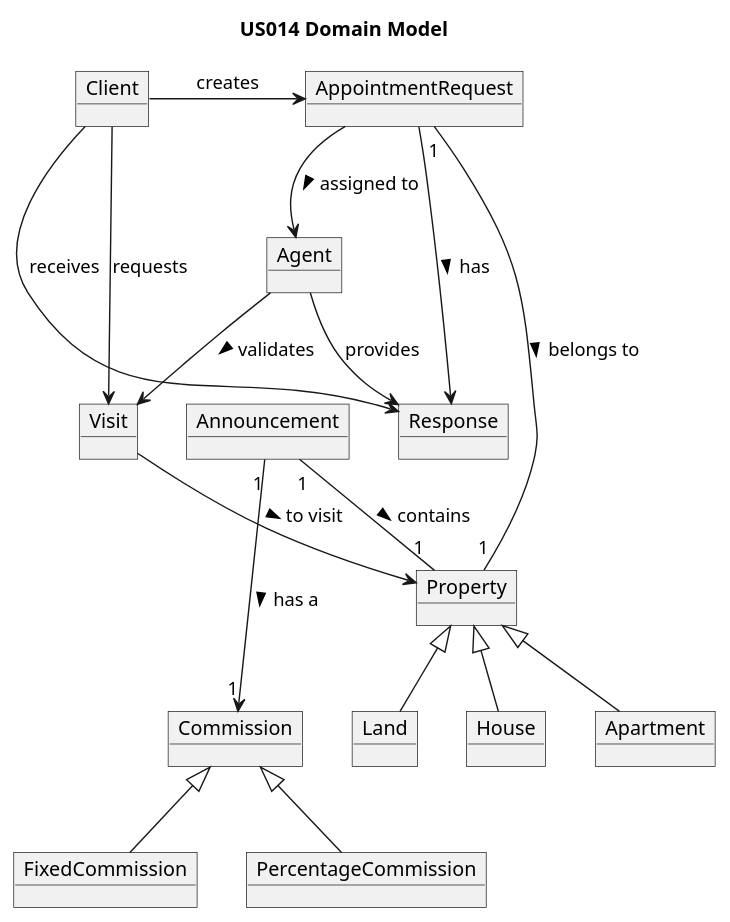
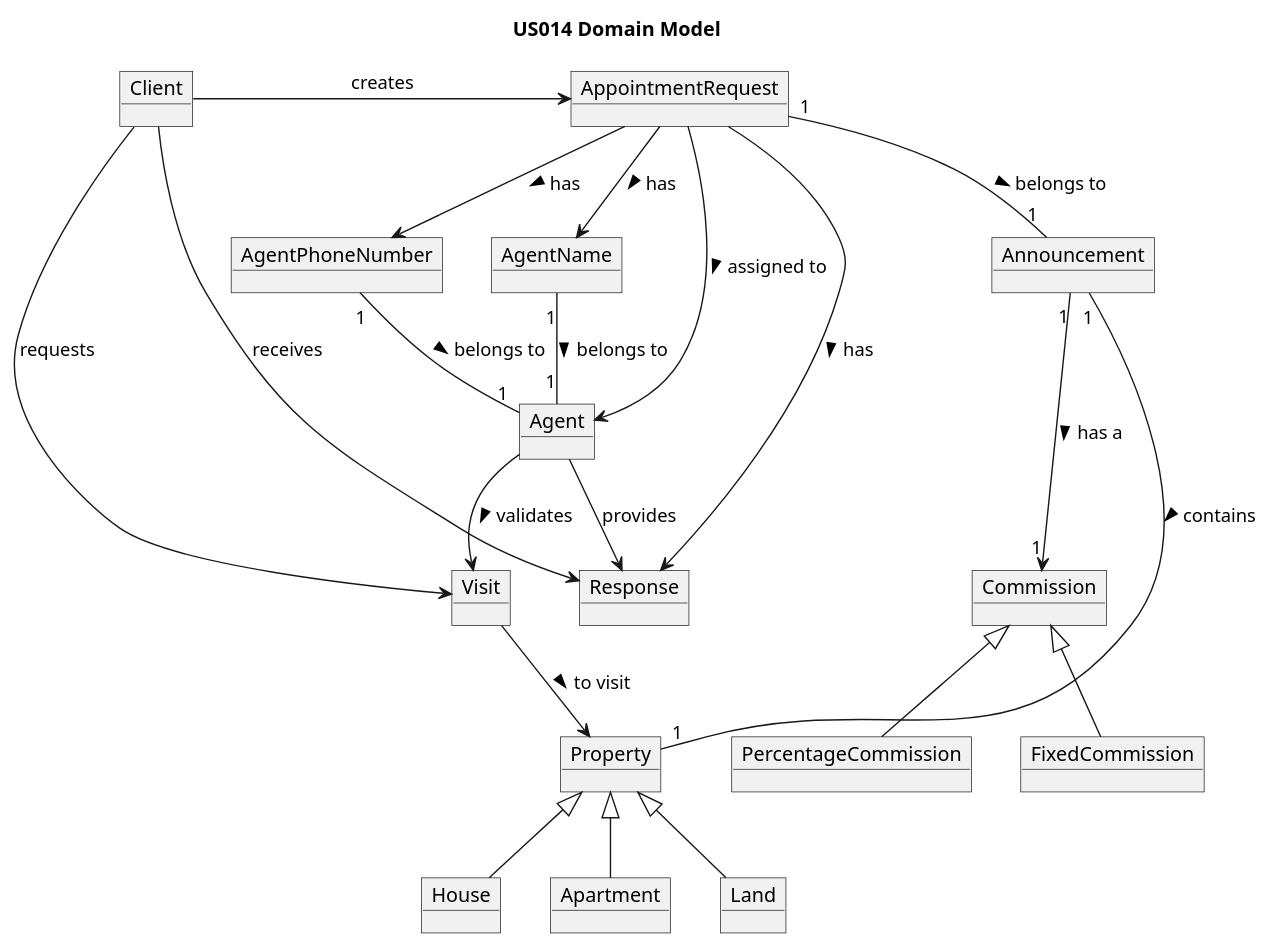
Before and after one commit to tiagohcorreia/LAPR2: the diagram in docs/sprintD/US014/02.analysis/puml/US014_DM.puml, drawn with PlantUML.

Commit message:
US014_DM.puml

```diff
--- a/docs/sprintD/US014/02.analysis/puml/US014_DM.puml
+++ b/docs/sprintD/US014/02.analysis/puml/US014_DM.puml
@@ -1,75 +1,87 @@
 @startuml
 skinparam monochrome true
         skinparam packageStyle rectangle
         skinparam shadowing false
 
         'left to right direction
 
         skinparam classAttributeIconSize 0
 
         hide circle
         hide methods
 
         title US014 Domain Model
 
         object Client {
+        }
+
+        object AgentPhoneNumber{
+
+        }
+
+        object AgentName{
+
         }
 
         object AppointmentRequest {
         }
 
         object Property {
         }
 
         object House {
         }
 
         object Apartment {
         }
 
         object Land {
         }
 
         object Agent {
         }
 
         object Visit {
         }
 
         object Announcement {
         }
 
         object Commission {
         }
 
         object FixedCommission {
         }
 
         object PercentageCommission {
         }
 
         object Response {
         }
 
         Client -> AppointmentRequest: creates
-        AppointmentRequest "1" -- "1" Property: belongs to >
+        AppointmentRequest "1" -- "1" Announcement: belongs to >
         Property <|-- House
         Property <|-- Apartment
         Property <|-- Land
         AppointmentRequest --> Agent: assigned to >
 
         Client --> Response: receives
         AppointmentRequest --> Response: has >
         Agent --> Response: provides
+        AppointmentRequest --> AgentName: has >
+        AppointmentRequest --> AgentPhoneNumber: has >
+        AgentName "1" -- "1" Agent: belongs to >
+        AgentPhoneNumber "1" -- "1" Agent: belongs to >
 
         Client -> Visit: requests
         Visit --> Property: to visit >
         Agent --> Visit: validates >
 
         Announcement "1" -- "1" Property: contains >
         Announcement "1" ---> "1" Commission: has a >
 
         Commission <|-- FixedCommission
         Commission <|-- PercentageCommission
 
 @enduml
```
